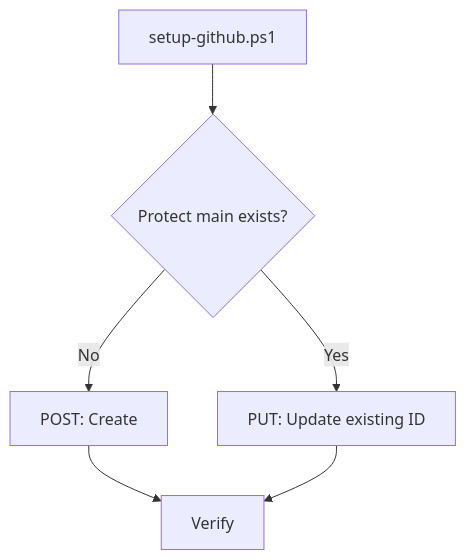
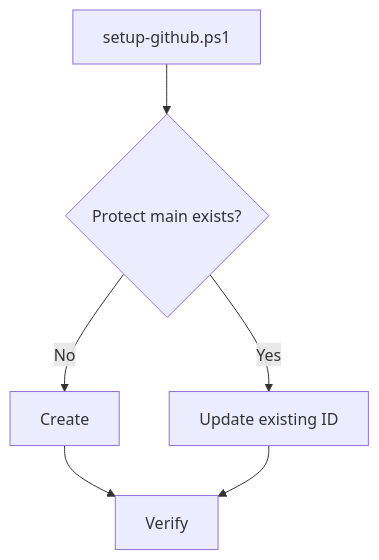
The third of 5 diagrams in docs/GITHUB-SETUP.md (k-systems202208/python-sqlite-tailscale-webapp-template), drawn with Mermaid before and after one commit. The commit also changed other lines of this file and 42 other files, not shown here.

````diff
--- a/docs/GITHUB-SETUP.md
+++ b/docs/GITHUB-SETUP.md
@@ -95,8 +91,8 @@
 ```mermaid
 flowchart TD
     A["setup-github.ps1"] --> E{"Protect main exists?"}
-    E -->|"No"| C["POST: Create"]
-    E -->|"Yes"| U["PUT: Update existing ID"]
+    E -->|"No"| C["Create"]
+    E -->|"Yes"| U["Update existing ID"]
     C --> V["Verify"]
     U --> V
 ```
````
